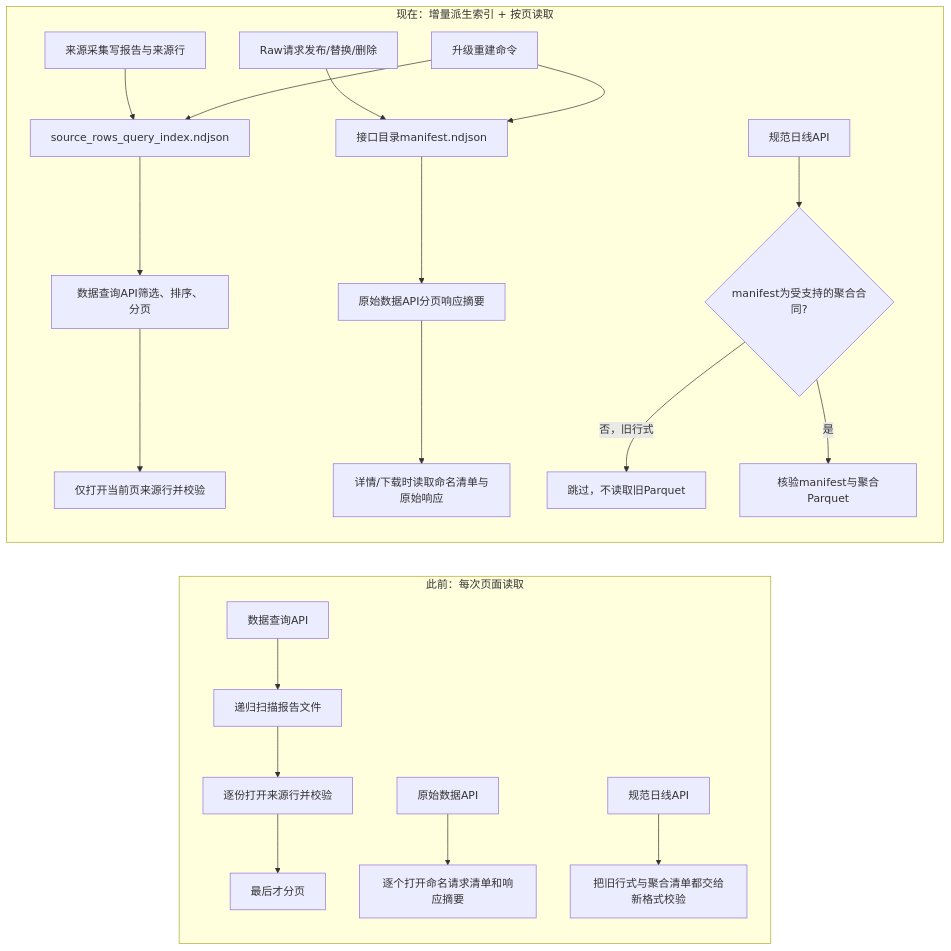
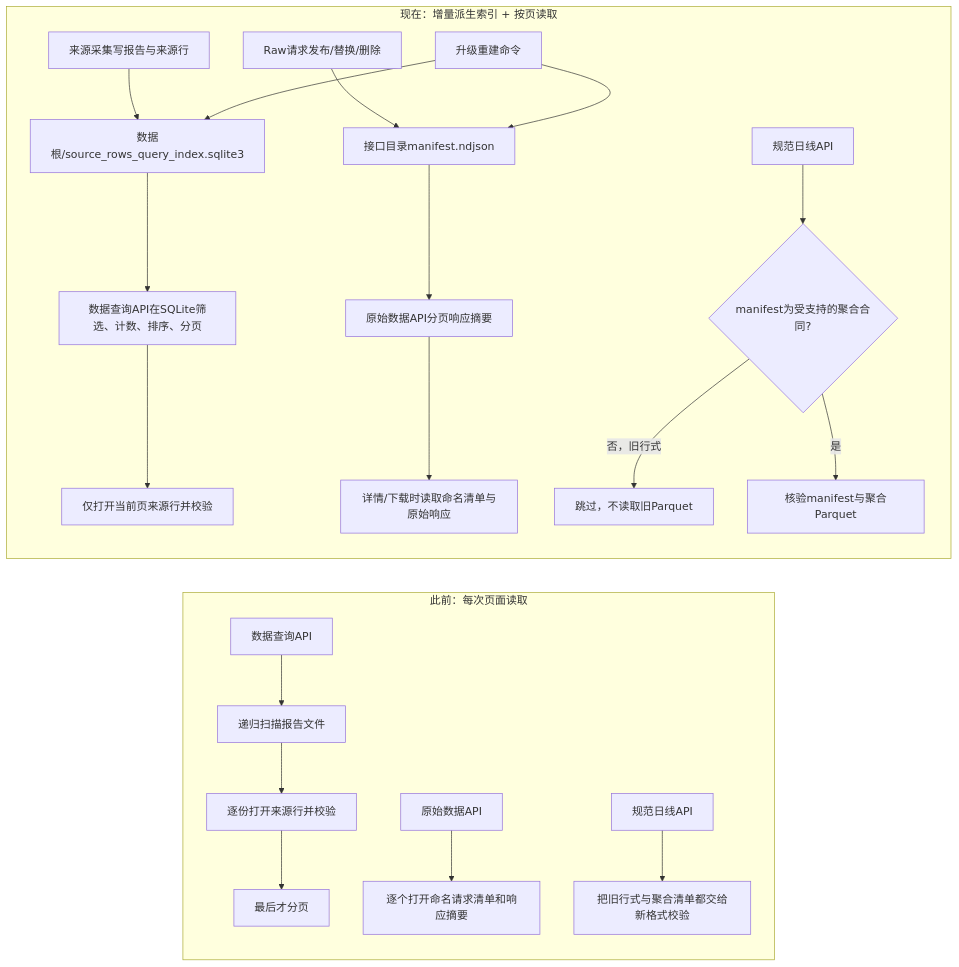
Before and after one commit to fewhg3yhjt/stock_data_manage: the diagram in docs/service/read-only-web.md, drawn with Mermaid. The commit also changed other lines of this file and 8 other files, not shown here.

Commit message:
Use SQLite for web source queries

````diff
--- a/docs/service/read-only-web.md
+++ b/docs/service/read-only-web.md
@@ -133,23 +133,23 @@
 ```mermaid
 flowchart LR
   subgraph Before[此前：每次页面读取]
     B1[数据查询API] --> B2[递归扫描报告文件]
     B2 --> B3[逐份打开来源行并校验]
     B3 --> B4[最后才分页]
     R1[原始数据API] --> R2[逐个打开命名请求清单和响应摘要]
     D1[规范日线API] --> D2[把旧行式与聚合清单都交给新格式校验]
   end
   subgraph After[现在：增量派生索引 + 按页读取]
-    C1[来源采集写报告与来源行] --> C2[source_rows_query_index.ndjson]
-    C2 --> C3[数据查询API筛选、排序、分页]
+    C1[来源采集写报告与来源行] --> C2[数据根/source_rows_query_index.sqlite3]
+    C2 --> C3[数据查询API在SQLite筛选、计数、排序、分页]
     C3 --> C4[仅打开当前页来源行并校验]
     W1[Raw请求发布/替换/删除] --> W2[接口目录manifest.ndjson]
     W2 --> W3[原始数据API分页响应摘要]
     W3 --> W4[详情/下载时读取命名清单与原始响应]
     M1[升级重建命令] --> C2
     M1 --> W2
     P1[规范日线API] --> P2{manifest为受支持的聚合合同?}
     P2 -->|否，旧行式| P3[跳过，不读取旧Parquet]
     P2 -->|是| P4[核验manifest与聚合Parquet]
   end
 ```
````
